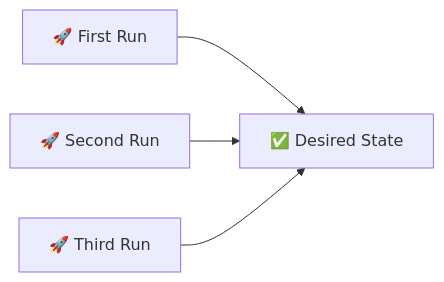
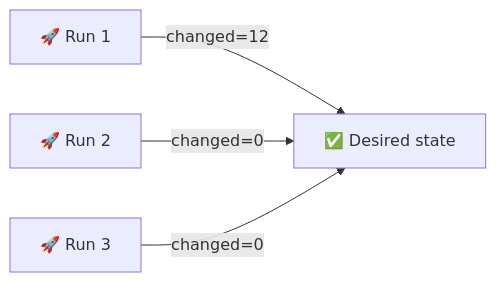
Before and after one commit to inno-devops-labs/DevOps-Core-Course: the seventh of 8 diagrams in lectures/lec5.md, drawn with Mermaid. The commit also changed other lines of this file and 24 other files, not shown here.

````diff
--- a/lectures/lec5.md
+++ b/lectures/lec5.md
@@ -543,6 +475,6 @@
 ```mermaid
 flowchart LR
-  Run1[🚀 First Run] --> State[✅ Desired State]
-  Run2[🚀 Second Run] --> State
-  Run3[🚀 Third Run] --> State
+  R1[🚀 Run 1] -->|changed=12| State[✅ Desired state]
+  R2[🚀 Run 2] -->|changed=0| State
+  R3[🚀 Run 3] -->|changed=0| State
 ```
````
